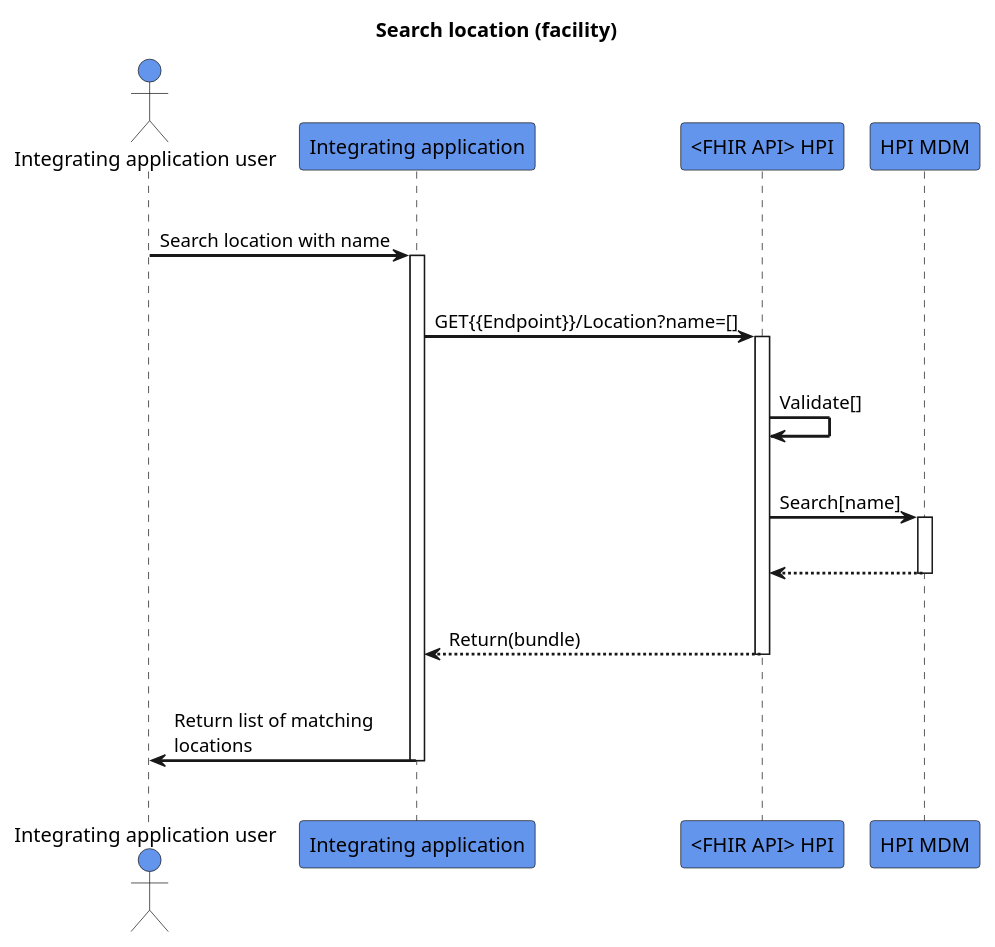
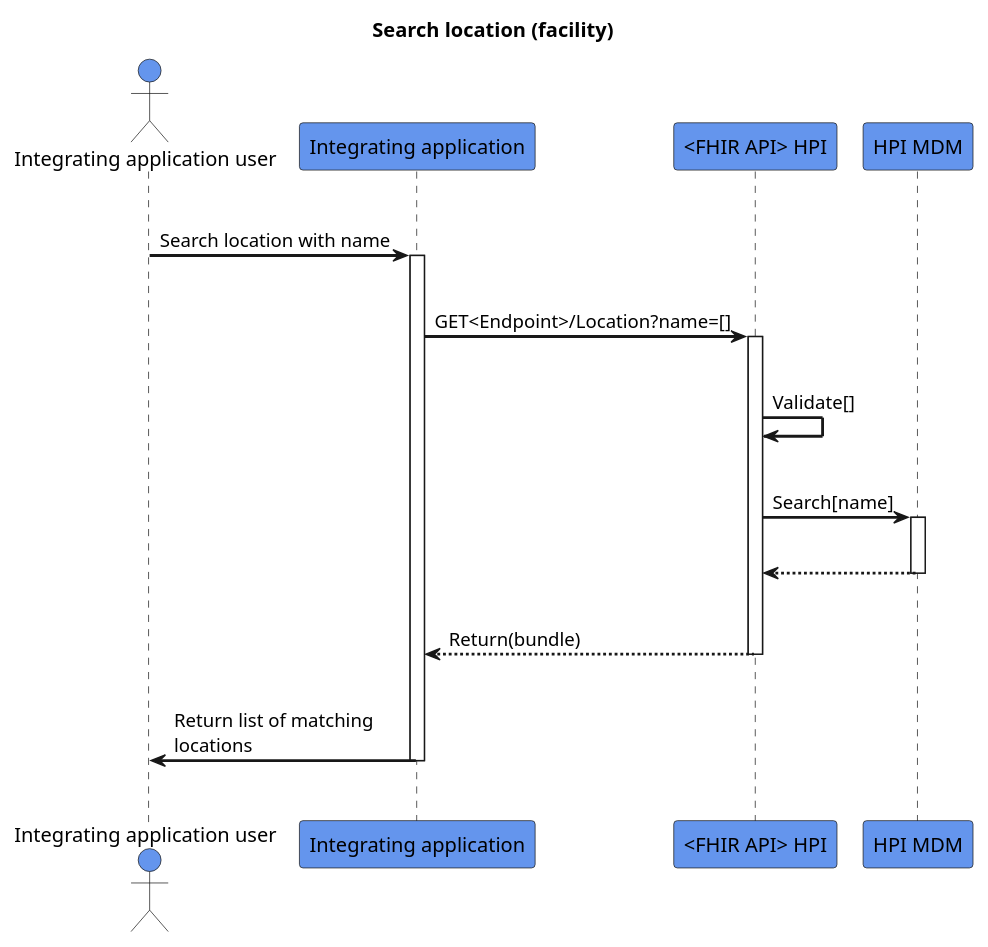
The diagram in input/images-source/search-locationwithname.plantuml (HL7NZ/hpi), drawn with PlantUML before and after one commit.

```diff
--- a/input/images-source/search-locationwithname.plantuml
+++ b/input/images-source/search-locationwithname.plantuml
@@ -1,32 +1,32 @@
 @startuml
 skinparam sequenceArrowThickness 2
 skinparam roundcorner 5
 skinparam maxmessagesize 180
 skinparam sequenceParticipant bold
 title Search location (facility) 
 actor "Integrating application user" as User #CornflowerBlue
 participant "Integrating application" as A #CornflowerBlue
 participant "<FHIR API> HPI" as B #CornflowerBlue
 participant "HPI MDM" as C #CornflowerBlue
 |||
 User -> A: Search location with name
 activate A
 |||
-A -> B: GET{{Endpoint}}/Location?name=[]
+A -> B: GET<Endpoint>/Location?name=[]
 activate B
 |||
 B -> B: Validate[]
 |||
 B -> C: Search[name]
 activate C
 |||
 C -[dashed]-> B:  
 deactivate C
 |||
 B -[dashed]-> A:Return(bundle)
 deactivate B
 |||
 A -> User: Return list of matching locations
 deactivate A
 |||
 @enduml
```
